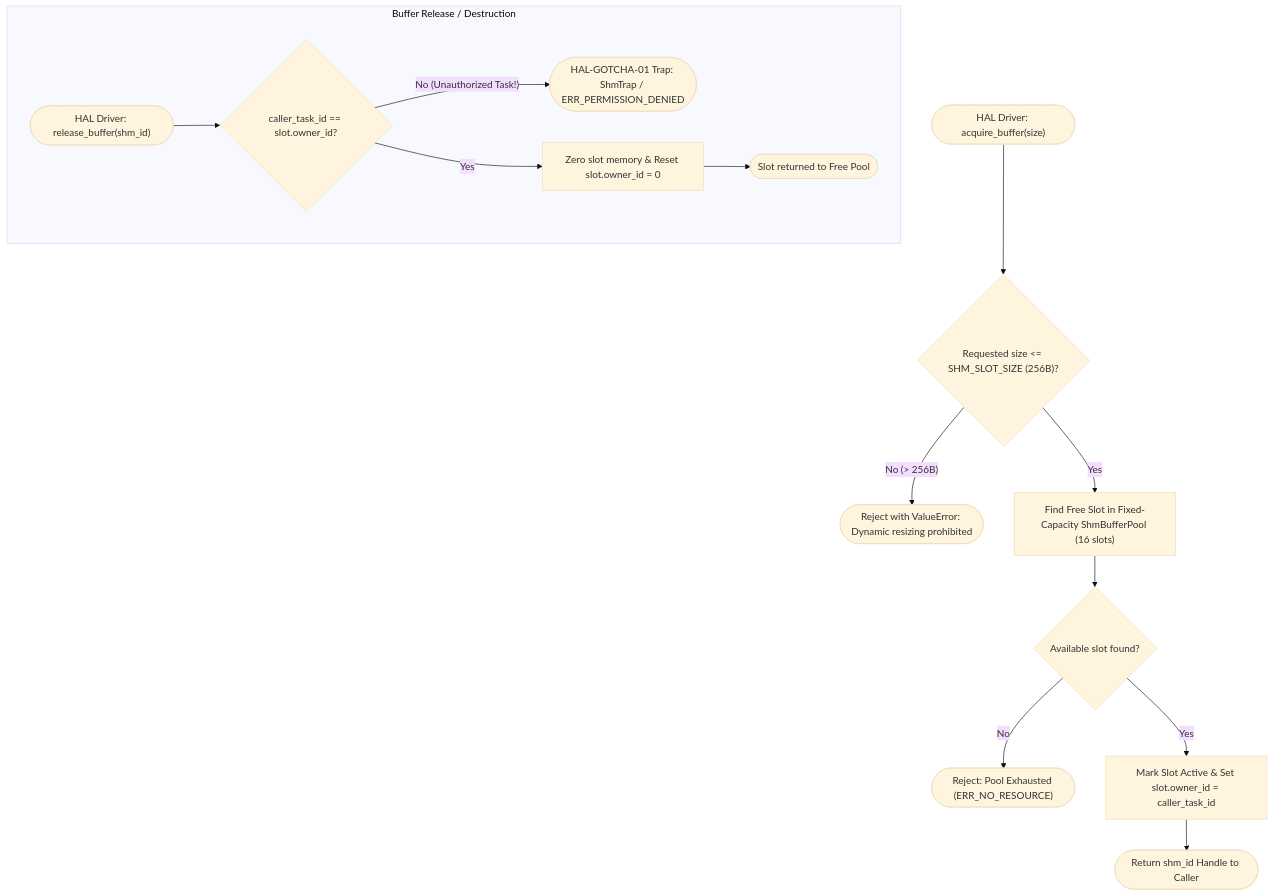
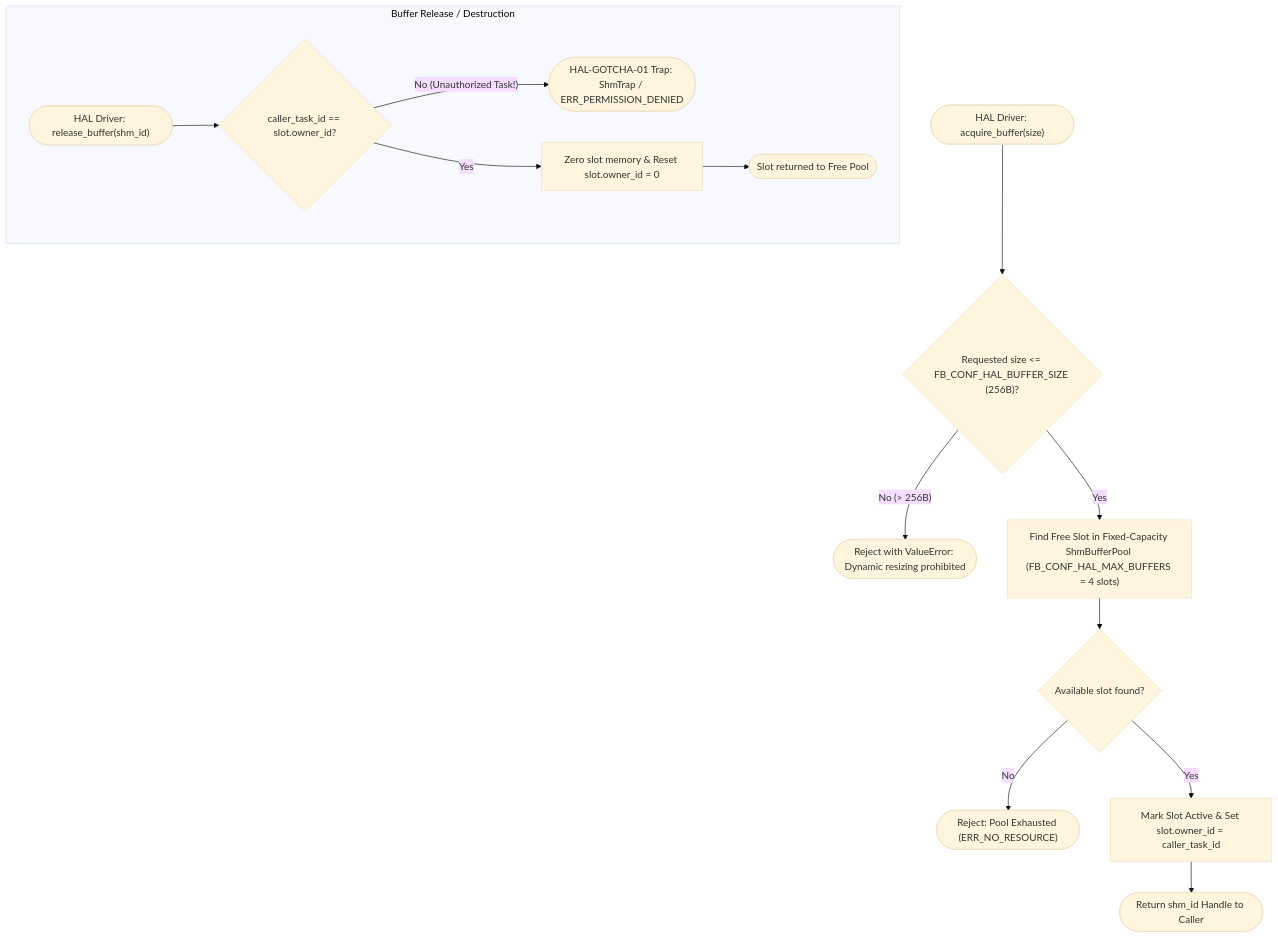
The second of 4 diagrams in docs/components/tier3_platform/platform_hal.md (kmt-t/fireball), drawn with Mermaid (base theme) before and after one commit. The commit also changed other lines of this file and 38 other files, not shown here.

````diff
--- a/docs/components/tier3_platform/platform_hal.md
+++ b/docs/components/tier3_platform/platform_hal.md
@@ -90,19 +90,19 @@
 ```mermaid
 flowchart TD
-    Start(["HAL Driver: acquire_buffer(size)"]) --> CheckSize{"Requested size <= SHM_SLOT_SIZE (256B)?"}
+    Start(["HAL Driver: acquire_buffer(size)"]) --> CheckSize{"Requested size <= FB_CONF_HAL_BUFFER_SIZE (256B)?"}
 
     CheckSize -- "No (> 256B)" --> RejectSize(["Reject with ValueError: Dynamic resizing prohibited"])
-    CheckSize -- "Yes" --> AllocSlot["Find Free Slot in Fixed-Capacity ShmBufferPool (16 slots)"]
+    CheckSize -- "Yes" --> AllocSlot["Find Free Slot in Fixed-Capacity ShmBufferPool (FB_CONF_HAL_MAX_BUFFERS = 4 slots)"]
     AllocSlot --> SlotFound{"Available slot found?"}
 
     SlotFound -- "No" --> RejectFull(["Reject: Pool Exhausted (ERR_NO_RESOURCE)"])
     SlotFound -- "Yes" --> MarkSlot["Mark Slot Active & Set slot.owner_id = caller_task_id"]
     MarkSlot --> ReturnHandle(["Return shm_id Handle to Caller"])
 
     subgraph Buffer Release / Destruction
         RelStart(["HAL Driver: release_buffer(shm_id)"]) --> VerifyOwner{"caller_task_id == slot.owner_id?"}
         VerifyOwner -- "No (Unauthorized Task!)" --> TrapOwner(["HAL-GOTCHA-01 Trap: ShmTrap / ERR_PERMISSION_DENIED"])
         VerifyOwner -- "Yes" --> ClearSlot["Zero slot memory & Reset slot.owner_id = 0"]
         ClearSlot --> ReturnPool(["Slot returned to Free Pool"])
     end
 ```
````
